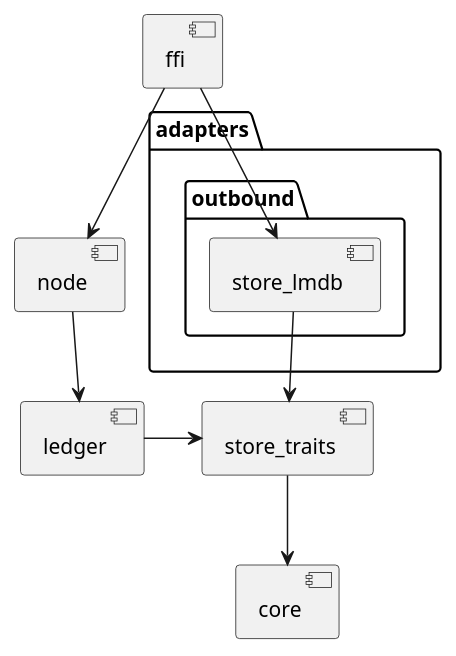
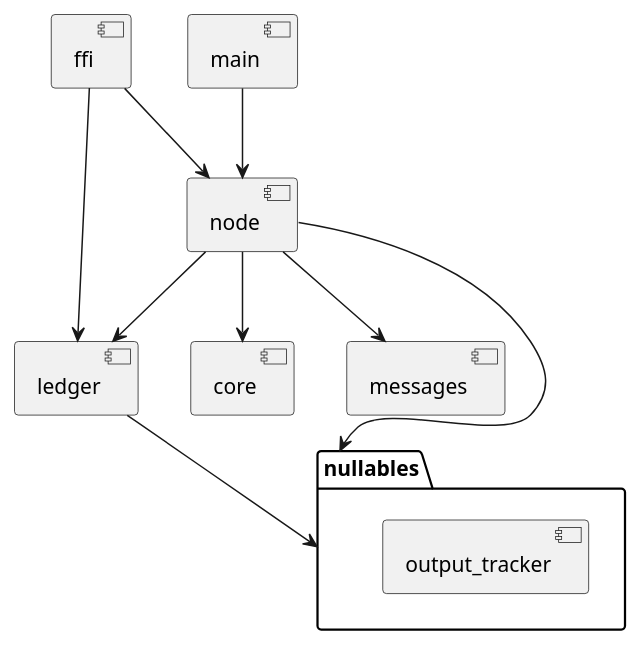
The diagram in rust/doc/crates.puml (stjet/rsban-node), drawn with PlantUML before and after one commit. The commit also changed 30 other files, not shown here.

Commit message:
Extract crate rsnano_output_tracker

```diff
--- a/rust/doc/crates.puml
+++ b/rust/doc/crates.puml
@@ -1,22 +1,24 @@
 @startuml "Split crates"
 
+[nullables]
 [core]
-[store_traits]
 [ledger]
+[messages]
 [node]
+[main]
 [ffi]
 
-folder "adapters"{
-    folder "outbound"{
-            [store_lmdb]
-    }
+folder "nullables"{
+[output_tracker]
 }
 
-[store_traits] --> [core]
-[store_lmdb] --> [store_traits]
+[main] --> [node]
+[node] --> [core]
 [node] --> [ledger]
-[ledger] -> [store_traits]
-[ffi] --> [store_lmdb]
+[node] --> [messages]
+[node] --> "nullables"
+[ledger] --> "nullables"
+[ffi] --> [ledger]
 [ffi] --> [node]
 
 @enduml
```
